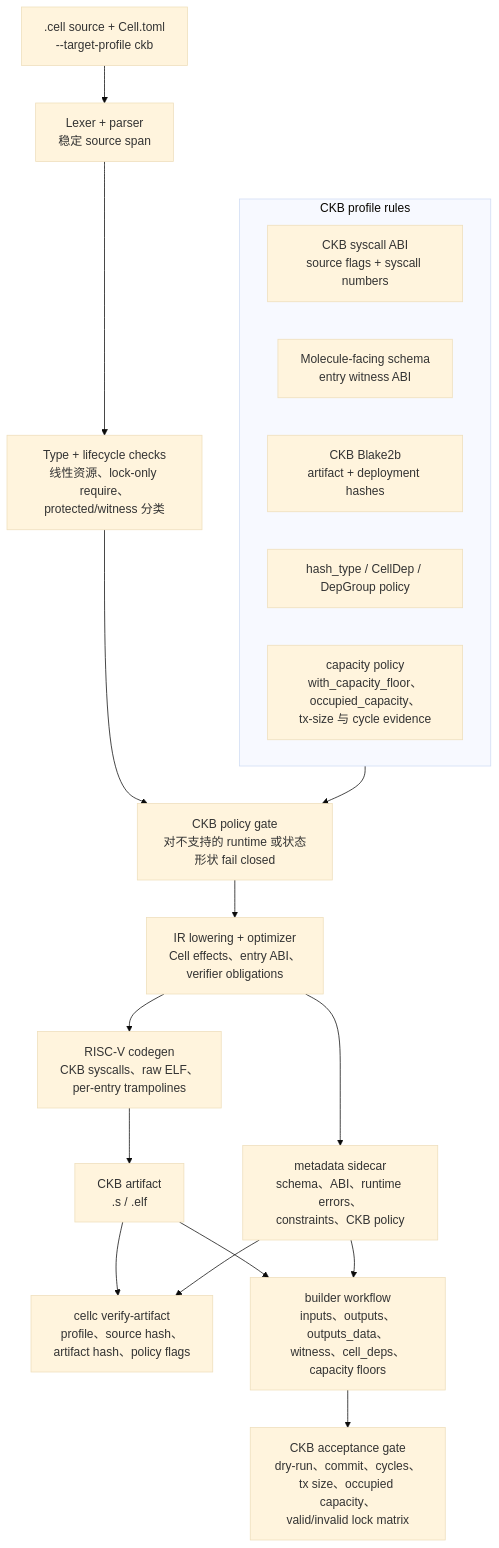
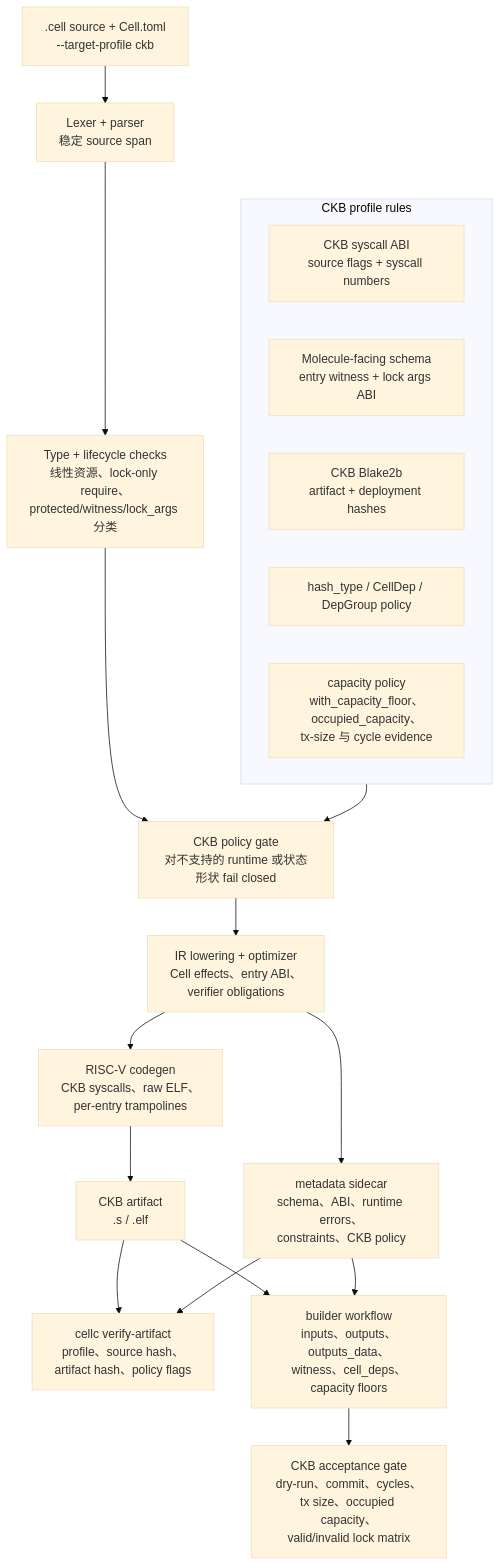
Before and after one commit to tsukifune-kosei/CellScript: the second of 2 diagrams in README_CH.md, drawn with Mermaid (base theme). The commit also changed 15 other files, not shown here.

Commit message:
Implement typed CKB lock args source

````diff
--- a/README_CH.md
+++ b/README_CH.md
@@ -450,27 +450,27 @@
 ```mermaid
 flowchart TB
     Source[".cell source + Cell.toml\n--target-profile ckb"] --> Frontend["Lexer + parser\n稳定 source span"]
-    Frontend --> Semantics["Type + lifecycle checks\n线性资源、lock-only require、\nprotected/witness 分类"]
+    Frontend --> Semantics["Type + lifecycle checks\n线性资源、lock-only require、\nprotected/witness/lock_args 分类"]
     Semantics --> Policy["CKB policy gate\n对不支持的 runtime 或状态形状 fail closed"]
 
     subgraph Rules["CKB profile rules"]
         R1["CKB syscall ABI\nsource flags + syscall numbers"]
-        R2["Molecule-facing schema\nentry witness ABI"]
+        R2["Molecule-facing schema\nentry witness + lock args ABI"]
         R3["CKB Blake2b\nartifact + deployment hashes"]
         R4["hash_type / CellDep / DepGroup policy"]
         R5["capacity policy\nwith_capacity_floor、occupied_capacity、\ntx-size 与 cycle evidence"]
     end
 
     Rules --> Policy
     Policy --> IR["IR lowering + optimizer\nCell effects、entry ABI、\nverifier obligations"]
     IR --> Metadata["metadata sidecar\nschema、ABI、runtime errors、\nconstraints、CKB policy"]
     IR --> Codegen["RISC-V codegen\nCKB syscalls、raw ELF、\nper-entry trampolines"]
     Codegen --> Artifact["CKB artifact\n.s / .elf"]
 
     Artifact --> Verify["cellc verify-artifact\nprofile、source hash、\nartifact hash、policy flags"]
     Metadata --> Verify
 
     Artifact --> Builder["builder workflow\ninputs、outputs、outputs_data、\nwitness、cell_deps、capacity floors"]
     Metadata --> Builder
     Builder --> Acceptance["CKB acceptance gate\ndry-run、commit、cycles、\ntx size、occupied capacity、\nvalid/invalid lock matrix"]
 ```
````
